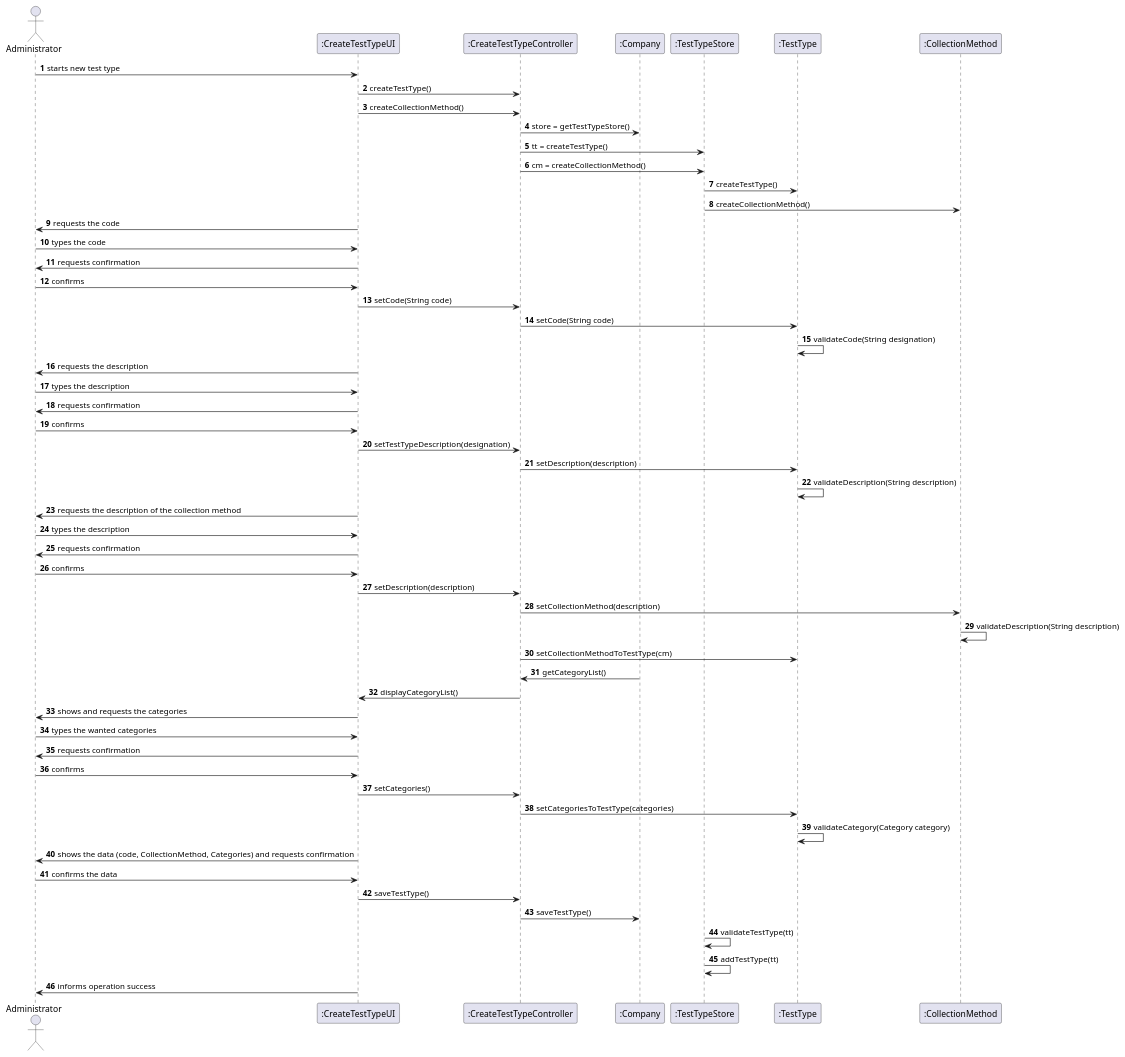
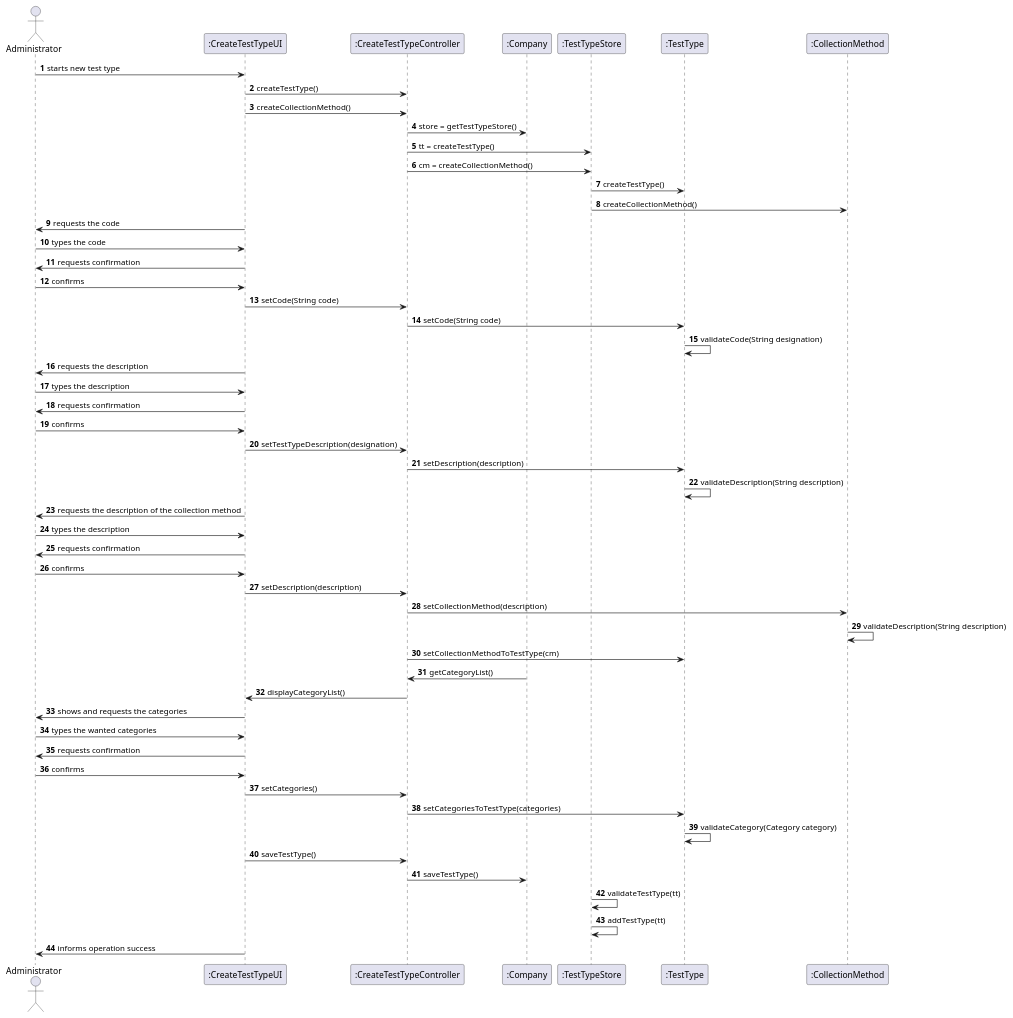
One commit to MadDinosaur/ISEP-LAPR2 changed the diagram in docs/SprintB/US9/US9_SD.puml. Above: the diagram before and after it, drawn with PlantUML. The commit also changed 1 other file, not shown here.

```diff
--- a/docs/SprintB/US9/US9_SD.puml
+++ b/docs/SprintB/US9/US9_SD.puml
@@ -1,68 +1,66 @@
 @startuml
 
 
 autonumber
 
 actor Administrator
 
 Administrator -> ":CreateTestTypeUI": starts new test type
 ":CreateTestTypeUI" -> ":CreateTestTypeController": createTestType()
 ":CreateTestTypeUI" -> ":CreateTestTypeController": createCollectionMethod()
 ":CreateTestTypeController" -> ":Company": store = getTestTypeStore()
 ":CreateTestTypeController" -> ":TestTypeStore": tt = createTestType()
 ":CreateTestTypeController" -> ":TestTypeStore": cm = createCollectionMethod()
 ":TestTypeStore" -> ":TestType": createTestType()
 ":TestTypeStore" -> ":CollectionMethod": createCollectionMethod()
 
 ":CreateTestTypeUI" -> Administrator: requests the code
 Administrator -> ":CreateTestTypeUI": types the code
 ":CreateTestTypeUI" -> Administrator: requests confirmation
 Administrator -> ":CreateTestTypeUI": confirms
 
 ":CreateTestTypeUI" -> ":CreateTestTypeController": setCode(String code)
 ":CreateTestTypeController" -> ":TestType": setCode(String code)
 ":TestType" -> ":TestType": validateCode(String designation)
 
 ":CreateTestTypeUI" -> Administrator: requests the description
 Administrator -> ":CreateTestTypeUI": types the description
 ":CreateTestTypeUI" -> Administrator: requests confirmation
 Administrator -> ":CreateTestTypeUI": confirms
 
 ":CreateTestTypeUI" -> ":CreateTestTypeController": setTestTypeDescription(designation)
 ":CreateTestTypeController" -> ":TestType": setDescription(description)
 ":TestType" -> ":TestType": validateDescription(String description)
 
 ":CreateTestTypeUI" -> Administrator: requests the description of the collection method
 Administrator -> ":CreateTestTypeUI": types the description
 ":CreateTestTypeUI" -> Administrator: requests confirmation
 Administrator -> ":CreateTestTypeUI": confirms
 
 ":CreateTestTypeUI" -> ":CreateTestTypeController": setDescription(description)
 
 ":CreateTestTypeController" -> ":CollectionMethod": setCollectionMethod(description)
 ":CollectionMethod" -> ":CollectionMethod": validateDescription(String description)
 ":CreateTestTypeController" -> ":TestType": setCollectionMethodToTestType(cm)
 
 ":Company" -> ":CreateTestTypeController": getCategoryList()
 ":CreateTestTypeController" -> ":CreateTestTypeUI": displayCategoryList()
 
 ":CreateTestTypeUI" -> Administrator: shows and requests the categories
 Administrator -> ":CreateTestTypeUI": types the wanted categories
 ":CreateTestTypeUI" -> Administrator: requests confirmation
 Administrator -> ":CreateTestTypeUI": confirms
 
 ":CreateTestTypeUI" -> ":CreateTestTypeController": setCategories()
 ":CreateTestTypeController" -> ":TestType": setCategoriesToTestType(categories)
 ":TestType" -> ":TestType": validateCategory(Category category)
-":CreateTestTypeUI" -> Administrator: shows the data (code, CollectionMethod, Categories) and requests confirmation
-Administrator -> ":CreateTestTypeUI": confirms the data
 ":CreateTestTypeUI" -> ":CreateTestTypeController": saveTestType()
 ":CreateTestTypeController" -> ":Company": saveTestType()
 ":TestTypeStore" -> ":TestTypeStore": validateTestType(tt)
 ":TestTypeStore" -> ":TestTypeStore": addTestType(tt)
 
 ":CreateTestTypeUI" -> Administrator: informs operation success
 
 
 
 @enduml
```
